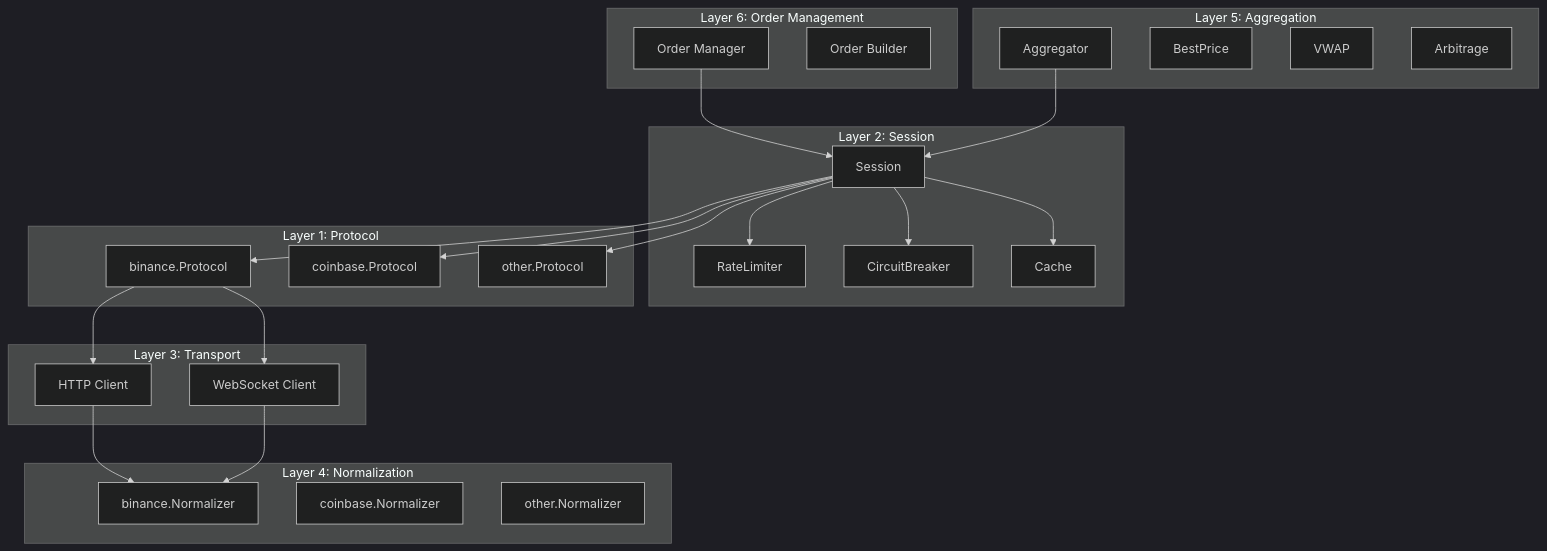
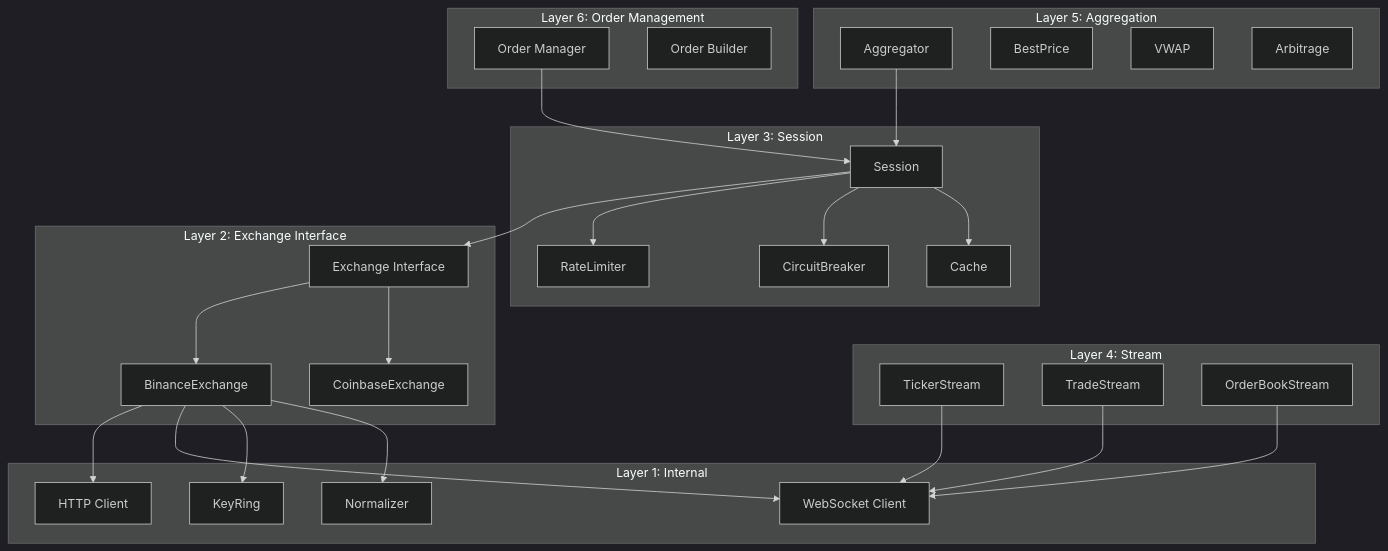
One commit to pwnholic/sadewa changed the first of 2 diagrams in README.md. Above: the diagram before and after it, drawn with Mermaid (dark theme). The commit also changed other lines of this file, not shown here.

Commit message:
docs: update README architecture diagrams
- Update 6-layer architecture diagram with new package names
- Add DI Container and KeyRing to architecture
- Update request flow diagram for typed API (no Do() method)
- Show Normalizer and KeyRing in request flow

````diff
--- a/README.md
+++ b/README.md
@@ -69,51 +69,56 @@
 ```mermaid
 graph TB
     subgraph "Layer 6: Order Management"
         OM[Order Manager]
         OB[Order Builder]
     end
 
     subgraph "Layer 5: Aggregation"
         AG[Aggregator]
         BP[BestPrice]
         VW[VWAP]
         AR[Arbitrage]
     end
 
-    subgraph "Layer 4: Normalization"
-        N1[binance.Normalizer]
-        N2[coinbase.Normalizer]
-        N3[other.Normalizer]
+    subgraph "Layer 4: Stream"
+        TS[TickerStream]
+        TR[TradeStream]
+        OS[OrderBookStream]
     end
 
-    subgraph "Layer 3: Transport"
-        HTTP[HTTP Client]
-        WS[WebSocket Client]
-    end
-
-    subgraph "Layer 2: Session"
+    subgraph "Layer 3: Session"
         S[Session]
         RL[RateLimiter]
         CB[CircuitBreaker]
         CA[Cache]
     end
 
-    subgraph "Layer 1: Protocol"
-        P1[binance.Protocol]
-        P2[coinbase.Protocol]
-        P3[other.Protocol]
+    subgraph "Layer 2: Exchange Interface"
+        E[Exchange Interface]
+        B[BinanceExchange]
+        C[CoinbaseExchange]
+    end
+
+    subgraph "Layer 1: Internal"
+        HTTP[HTTP Client]
+        WS[WebSocket Client]
+        KR[KeyRing]
+        N[Normalizer]
     end
 
     OM --> S
     AG --> S
-    S --> P1
-    S --> P2
-    S --> P3
-    P1 --> HTTP
-    P1 --> WS
+    S --> E
+    E --> B
+    E --> C
+    B --> HTTP
+    B --> WS
+    B --> KR
+    B --> N
     S --> RL
     S --> CB
     S --> CA
-    HTTP --> N1
-    WS --> N1
+    TS --> WS
+    TR --> WS
+    OS --> WS
 ```
````
